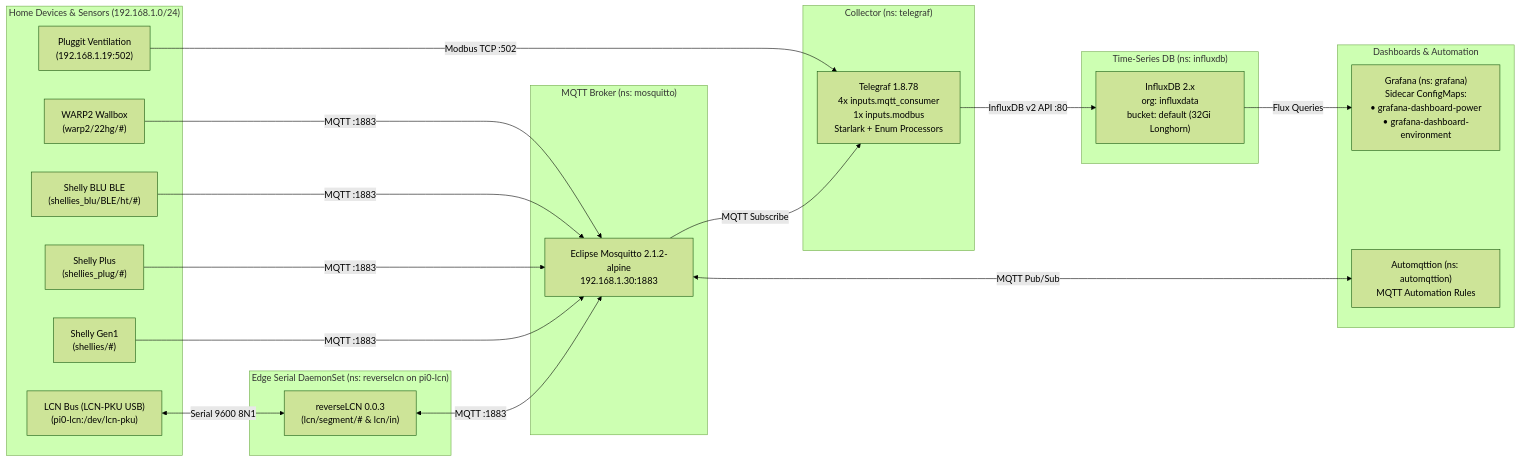
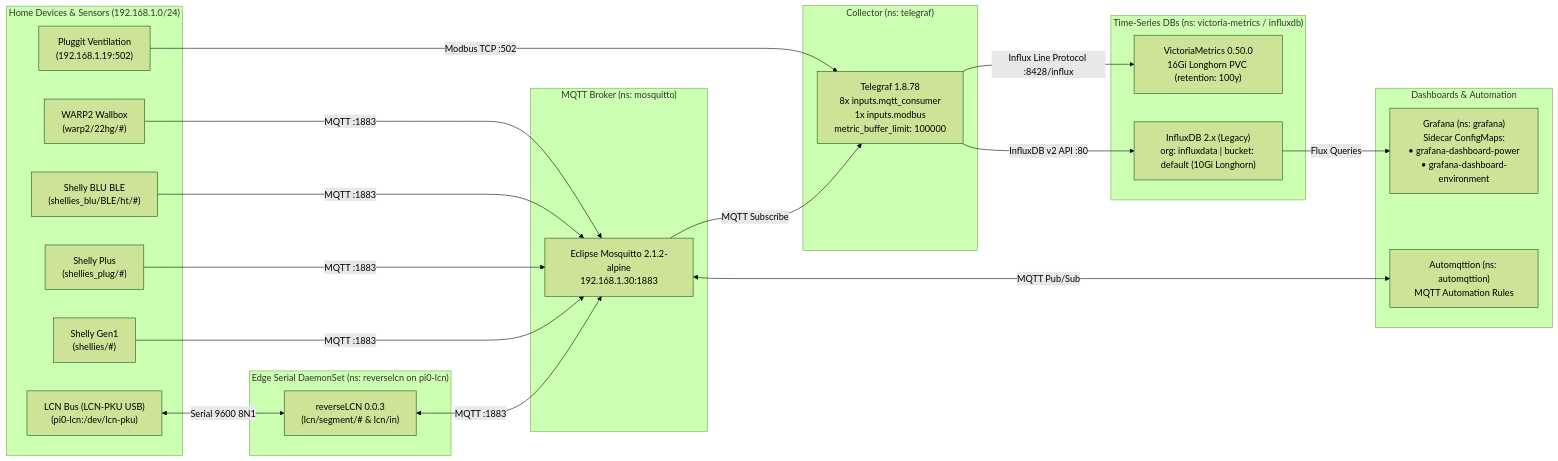
The third of 3 diagrams in docs/ARCHITECTURE.md (MyChaOS87/sloth), drawn with Mermaid (forest theme) before and after one commit. The commit also changed other lines of this file and 5 other files, not shown here.

First line of the commit message:
feat(smarthome): deploy victoria-metrics and enable telegraf dual-write

````diff
--- a/docs/ARCHITECTURE.md
+++ b/docs/ARCHITECTURE.md
@@ -165,41 +169,43 @@
 ```mermaid
 flowchart LR
     subgraph Devices["Home Devices & Sensors (192.168.1.0/24)"]
         S1["Shelly Gen1<br/>(shellies/#)"]
         S2["Shelly Plus<br/>(shellies_plug/#)"]
         S3["Shelly BLU BLE<br/>(shellies_blu/BLE/ht/#)"]
         WB["WARP2 Wallbox<br/>(warp2/22hg/#)"]
         PL["Pluggit Ventilation<br/>(192.168.1.19:502)"]
         LCN["LCN Bus (LCN-PKU USB)<br/>(pi0-lcn:/dev/lcn-pku)"]
     end
 
     subgraph EdgeBridge["Edge Serial DaemonSet (ns: reverselcn on pi0-lcn)"]
         RLCN["reverseLCN 0.0.3<br/>(lcn/segment/# & lcn/in)"]
     end
 
     subgraph Broker["MQTT Broker (ns: mosquitto)"]
         MQ["Eclipse Mosquitto 2.1.2-alpine<br/>192.168.1.30:1883"]
     end
 
     subgraph Collector["Collector (ns: telegraf)"]
-        TG["Telegraf 1.8.78<br/>4x inputs.mqtt_consumer<br/>1x inputs.modbus<br/>Starlark + Enum Processors"]
+        TG["Telegraf 1.8.78<br/>8x inputs.mqtt_consumer<br/>1x inputs.modbus<br/>metric_buffer_limit: 100000"]
     end
 
-    subgraph Storage["Time-Series DB (ns: influxdb)"]
-        IDB["InfluxDB 2.x<br/>org: influxdata<br/>bucket: default (32Gi Longhorn)"]
+    subgraph Storage["Time-Series DBs (ns: victoria-metrics / influxdb)"]
+        VM["VictoriaMetrics 0.50.0<br/>16Gi Longhorn PVC (retention: 100y)"]
+        IDB["InfluxDB 2.x (Legacy)<br/>org: influxdata | bucket: default (10Gi Longhorn)"]
     end
 
     subgraph Visualization["Dashboards & Automation"]
         GF["Grafana (ns: grafana)<br/>Sidecar ConfigMaps:<br/>• grafana-dashboard-power<br/>• grafana-dashboard-environment"]
         AM["Automqttion (ns: automqttion)<br/>MQTT Automation Rules"]
     end
 
     LCN <-->|Serial 9600 8N1| RLCN
     RLCN <-->|MQTT :1883| MQ
     S1 & S2 & S3 & WB -->|MQTT :1883| MQ
     MQ -->|MQTT Subscribe| TG
     MQ <-->|MQTT Pub/Sub| AM
     PL -->|Modbus TCP :502| TG
+    TG -->|Influx Line Protocol :8428/influx| VM
     TG -->|InfluxDB v2 API :80| IDB
     IDB -->|Flux Queries| GF
 ```
````
